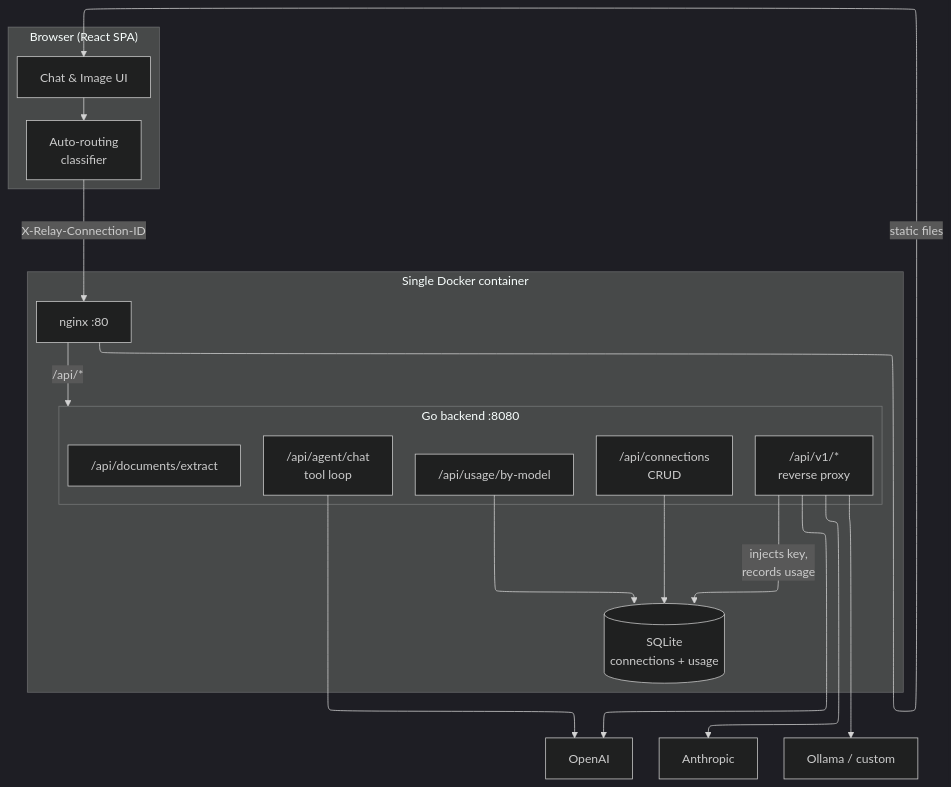
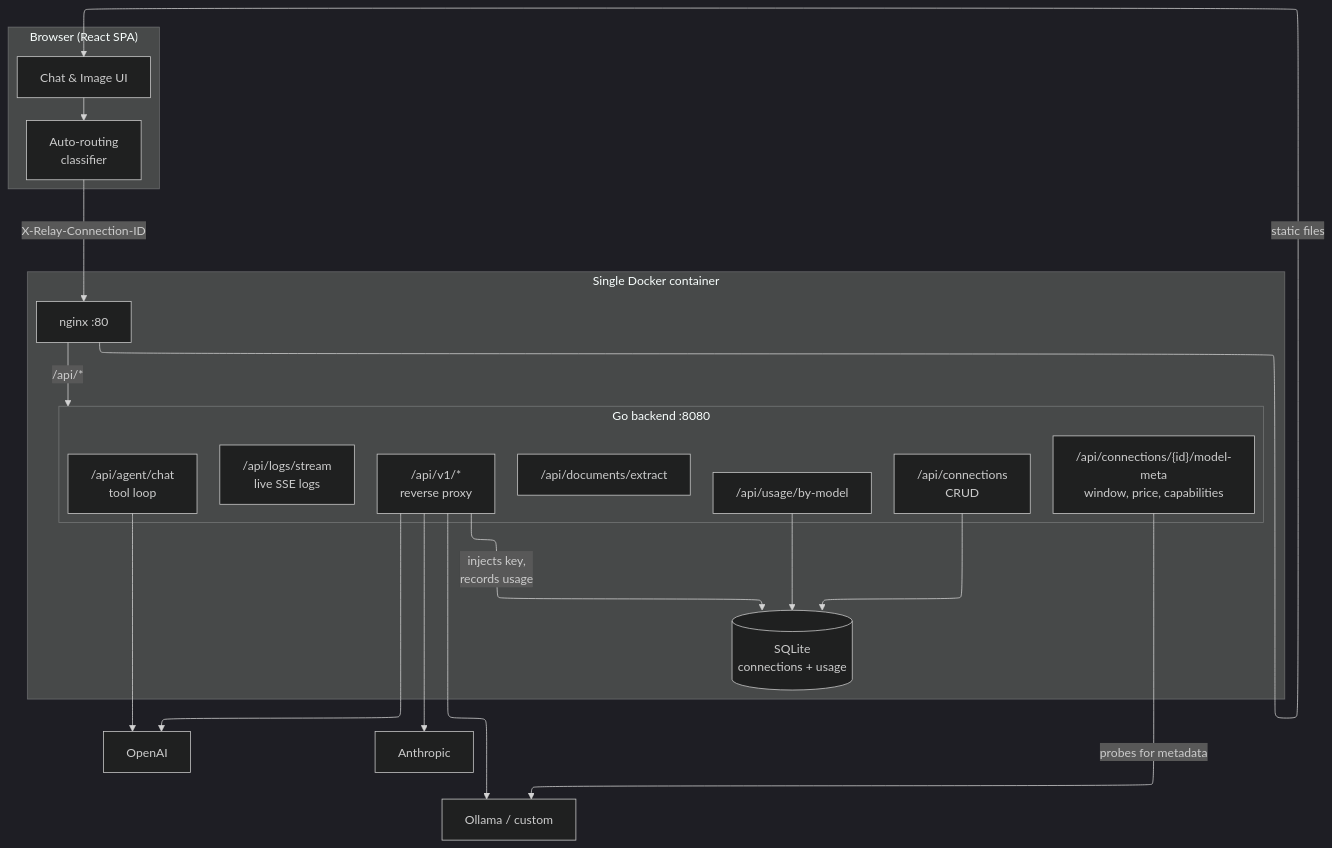
The diagram in README.md (jbetancur/relay), drawn with Mermaid (dark theme) before and after one commit. The commit also changed other lines of this file and 23 other files, not shown here.

````diff
--- a/README.md
+++ b/README.md
@@ -162,36 +177,39 @@
 ```mermaid
 %%{init: {'flowchart': {'defaultRenderer': 'elk'}}}%%
 flowchart TD
     subgraph Browser["Browser (React SPA)"]
         UI["Chat & Image UI"]
         Router["Auto-routing<br/>classifier"]
         UI --> Router
     end
 
     subgraph Container["Single Docker container"]
         Nginx["nginx :80"]
         subgraph Backend["Go backend :8080"]
             Conn["/api/connections<br/>CRUD"]
             Usage["/api/usage/by-model"]
+            Meta["/api/connections/{id}/model-meta<br/>window, price, capabilities"]
+            Logs["/api/logs/stream<br/>live SSE logs"]
             Agent["/api/agent/chat<br/>tool loop"]
             Docs["/api/documents/extract"]
             Proxy["/api/v1/*<br/>reverse proxy"]
         end
         DB[("SQLite<br/>connections + usage")]
     end
 
     Up1["OpenAI"]
     Up2["Anthropic"]
     Up3["Ollama / custom"]
 
     Router -->|"X-Relay-Connection-ID"| Nginx
     Nginx -->|"static files"| UI
     Nginx -->|"/api/*"| Backend
     Conn --> DB
     Usage --> DB
     Proxy -->|"injects key,<br/>records usage"| DB
+    Meta -->|"probes for metadata"| Up3
     Proxy --> Up1
     Proxy --> Up2
     Proxy --> Up3
     Agent --> Up1
 ```
````
